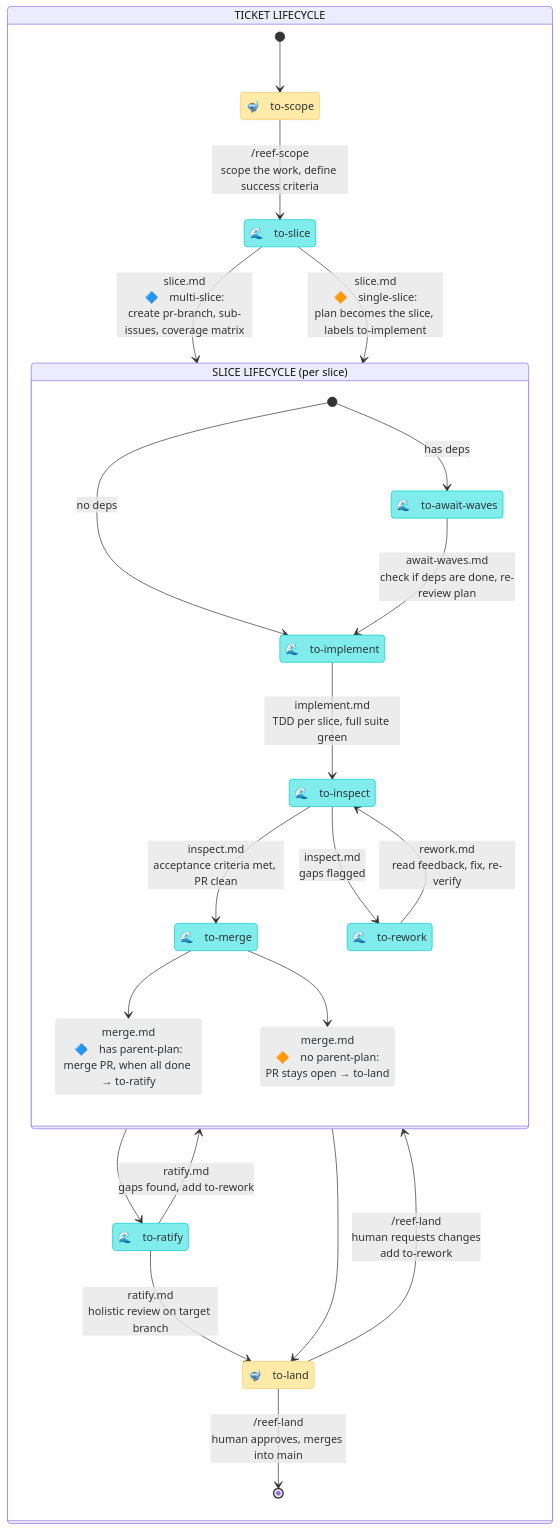
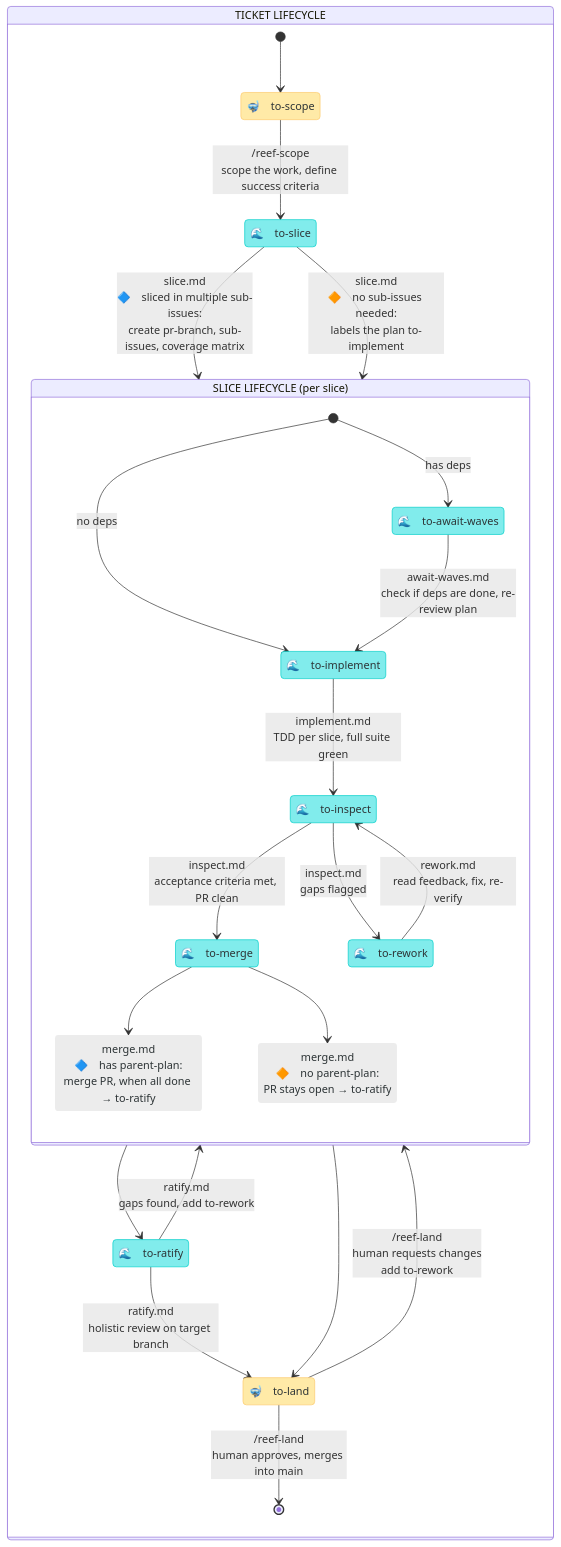
Before and after one commit to mesqueeb/moonjelly-reef: the diagram in README.md, drawn with Mermaid. The commit also changed other lines of this file and 8 other files, not shown here.

````diff
--- a/README.md
+++ b/README.md
@@ -30,51 +30,51 @@
 ```mermaid
 stateDiagram-v2
     direction TB
 
     classDef human fill:#ffeaa7,stroke:#fdcb6e,color:#2d3436
     classDef agent fill:#81ecec,stroke:#00cec9,color:#2d3436
     classDef arrow fill:#ececec,stroke:#ffffff00,color:#2d3436
 
     state "TICKET LIFECYCLE" as work {
 
         state "🤿　to-scope" as to_scope
         state "🌊　to-slice" as to_slice
         state "🌊　to-ratify" as to_ratify
         state "🤿　to-land" as to_land
 
         [*] --> to_scope
         to_scope --> to_slice : /reef-scope<br />scope the work, define success criteria
-        to_slice --> slice_lifecycle : slice.md<br />🔷　multi-slice:<br />create pr-branch, sub-issues, coverage matrix
-        to_slice --> slice_lifecycle : slice.md<br />🔶　single-slice:<br />plan becomes the slice, labels to-implement
+        to_slice --> slice_lifecycle : slice.md<br />🔷　sliced in multiple sub-issues:<br />create pr-branch, sub-issues, coverage matrix
+       to_slice --> slice_lifecycle : slice.md<br />🔶　no sub-issues needed:<br />labels the plan to-implement
         slice_lifecycle --> to_ratify
         slice_lifecycle --> to_land
         to_ratify --> to_land : ratify.md<br />holistic review on target branch
         to_ratify --> slice_lifecycle : ratify.md<br />gaps found, add to-rework
         to_land --> [*] : /reef-land<br />human approves, merges into main
         to_land --> slice_lifecycle : /reef-land<br />human requests changes<br />add to-rework
     }
 
     state "SLICE LIFECYCLE (per slice)" as slice_lifecycle {
 
         state "🌊　to-await-waves" as to_await
         state "🌊　to-implement" as to_implement
         state "🌊　to-inspect" as to_inspect
         state "🌊　to-rework" as to_rework
         state "🌊　to-merge" as to_merge
         state "merge.md<br />🔷　has parent-plan:<br />merge PR, when all done → to-ratify" as merge_multi
-        state "merge.md<br />🔶　no parent-plan:<br />PR stays open → to-land" as merge_single
+        state "merge.md<br />🔶　no parent-plan:<br />PR stays open → to-ratify" as merge_single
         [*] --> to_implement : no deps
         [*] --> to_await : has deps
         to_await --> to_implement : await-waves.md<br />check if deps are done, re-review plan
         to_implement --> to_inspect : implement.md<br />TDD per slice, full suite green
         to_inspect --> to_merge : inspect.md<br />acceptance criteria met, PR clean
         to_inspect --> to_rework : inspect.md<br />gaps flagged
         to_rework --> to_inspect : rework.md<br />read feedback, fix, re-verify
         to_merge --> merge_multi
         to_merge --> merge_single
     }
 
     class to_scope,to_land human
     class to_slice,to_ratify,plan_rework,to_await,to_implement,to_inspect,to_rework,to_merge agent
     class merge_multi,merge_single arrow
 ```
````
